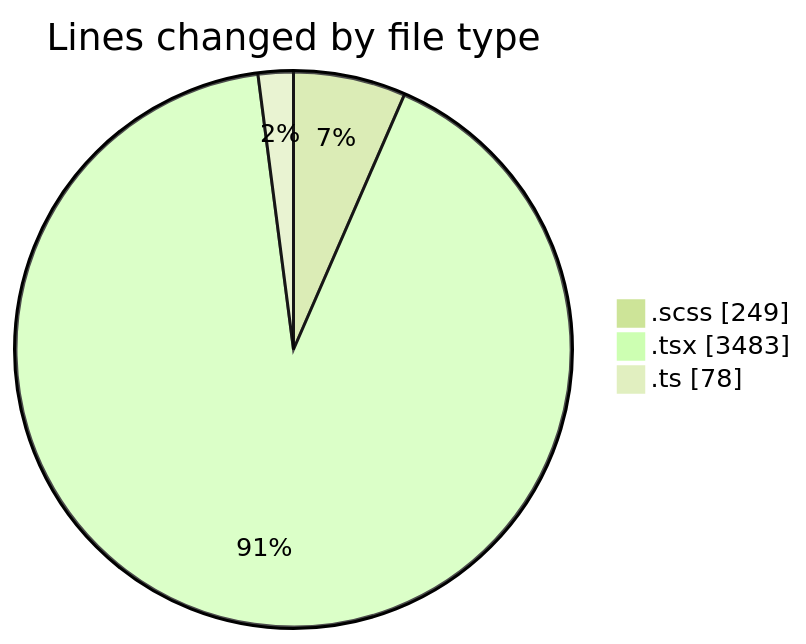
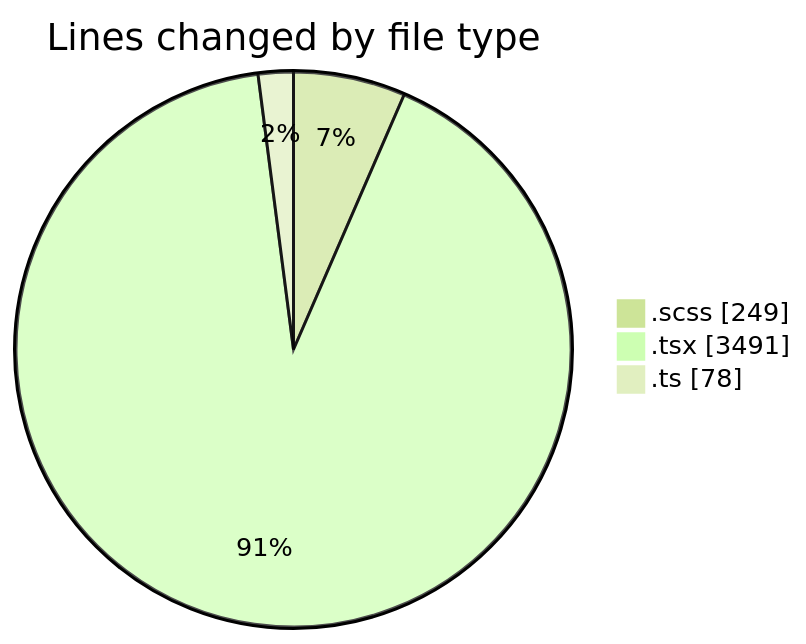
One commit to momahboobian/code-tracking changed the first of 2 diagrams in 2025-09-26/cda/README.md. Above: the diagram before and after it, drawn with Mermaid (forest theme). The commit also changed other lines of this file and 1 other file, not shown here.

````diff
--- a/2025-09-26/cda/README.md
+++ b/2025-09-26/cda/README.md
@@ -24,7 +24,7 @@
 ```mermaid
 pie showData
 title Lines changed by file type
 ".scss" : 249
-".tsx" : 3483
+".tsx" : 3491
 ".ts" : 78
 ```
````
